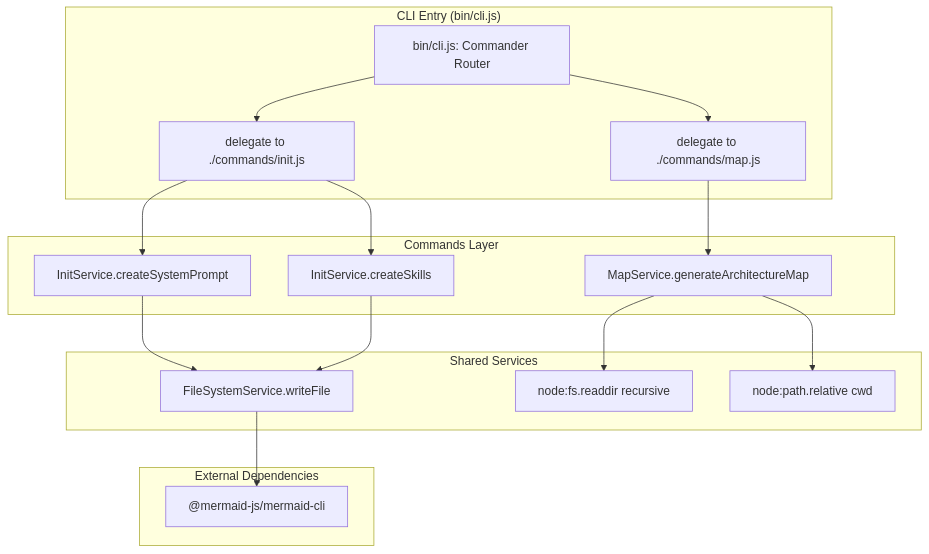
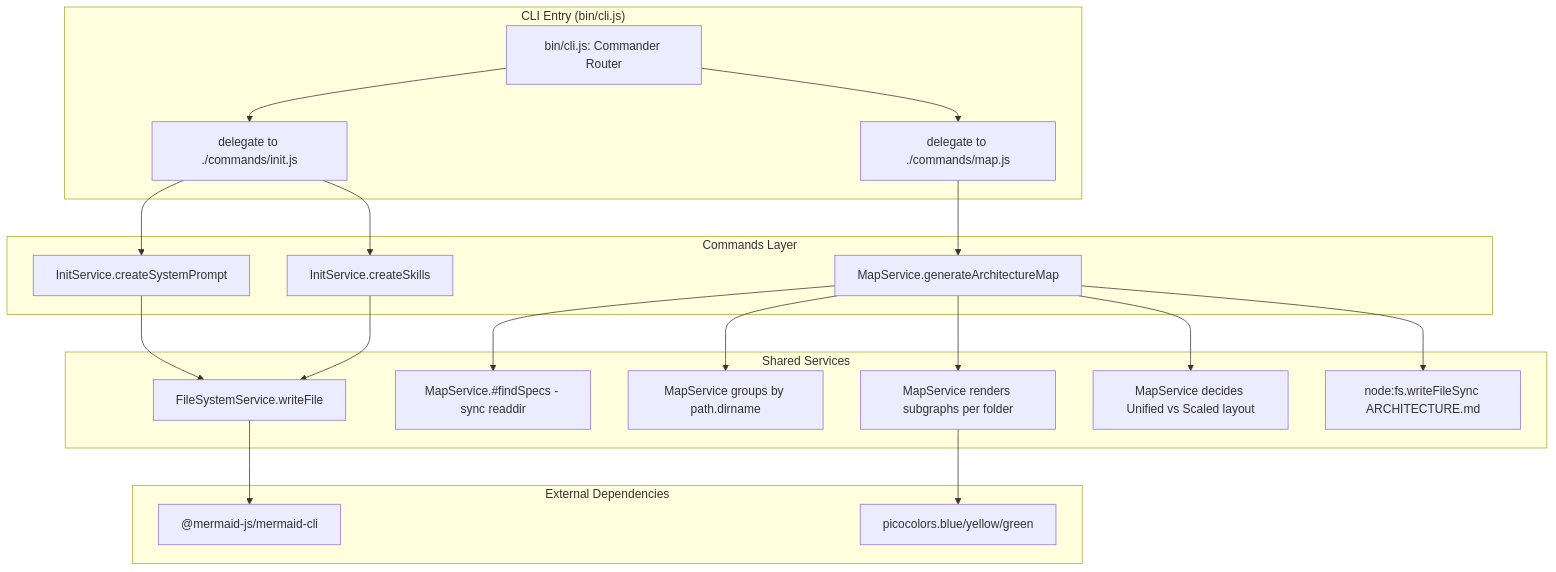
The diagram in bin/cli.spec.md (JulioCRFilho/mermaid-diagram-driven-development), drawn with Mermaid before and after one commit. The commit also changed other lines of this file and 9 other files, not shown here.

First line of the commit message:
feat(skills): add mddd-context-map skill for architecture diagrams

````diff
--- a/bin/cli.spec.md
+++ b/bin/cli.spec.md
@@ -7,25 +7,29 @@
 ```mermaid
-%% @spec-version v4.3.0
+%% @spec-version v6.2.0
 graph TD
     subgraph "CLI Entry (bin/cli.js)"
         A[bin/cli.js: Commander Router] --> B[delegate to ./commands/init.js]
         A --> H[delegate to ./commands/map.js]
     end
 
     subgraph "Commands Layer"
         B --> C[InitService.createSystemPrompt]
         B --> D[InitService.createSkills]
         H --> I[MapService.generateArchitectureMap]
     end
 
     subgraph "Shared Services"
         C --> E[FileSystemService.writeFile]
         D --> E
-        I --> J[node:fs.readdir recursive]
-        I --> K[node:path.relative cwd]
+        I --> J[MapService.#findSpecs - sync readdir]
+        I --> K[MapService groups by path.dirname]
+        I --> L[MapService renders subgraphs per folder]
+        I --> P[MapService decides Unified vs Scaled layout]
+        I --> M[node:fs.writeFileSync ARCHITECTURE.md]
     end
 
     subgraph "External Dependencies"
         E --> F["@mermaid-js/mermaid-cli"]
+        L --> N[picocolors.blue/yellow/green]
     end
 ```
````
